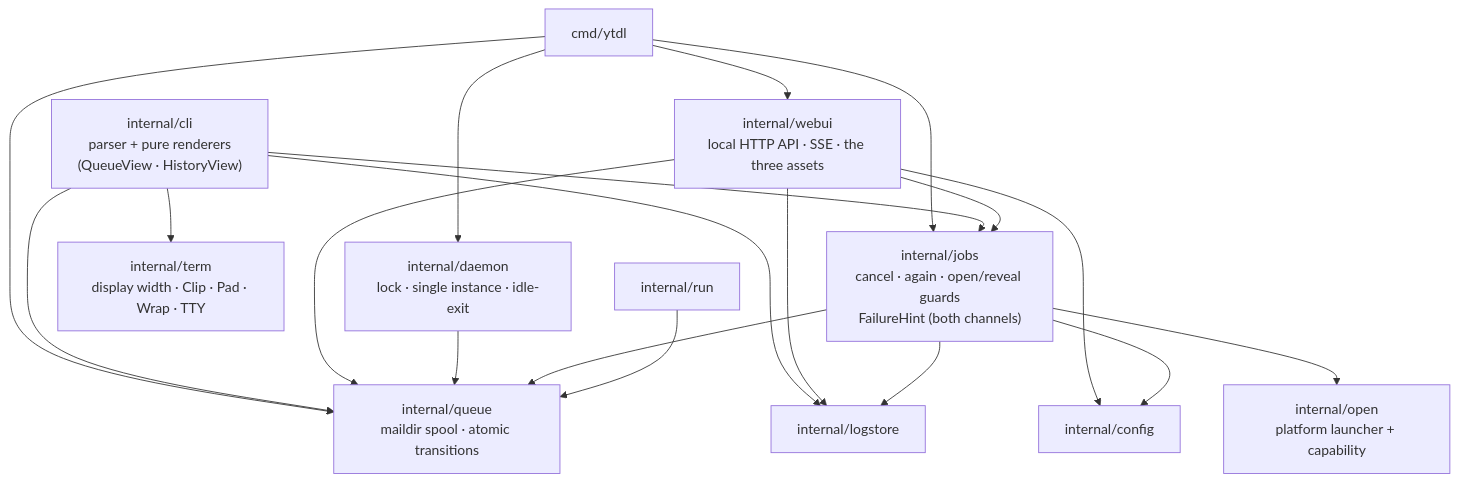
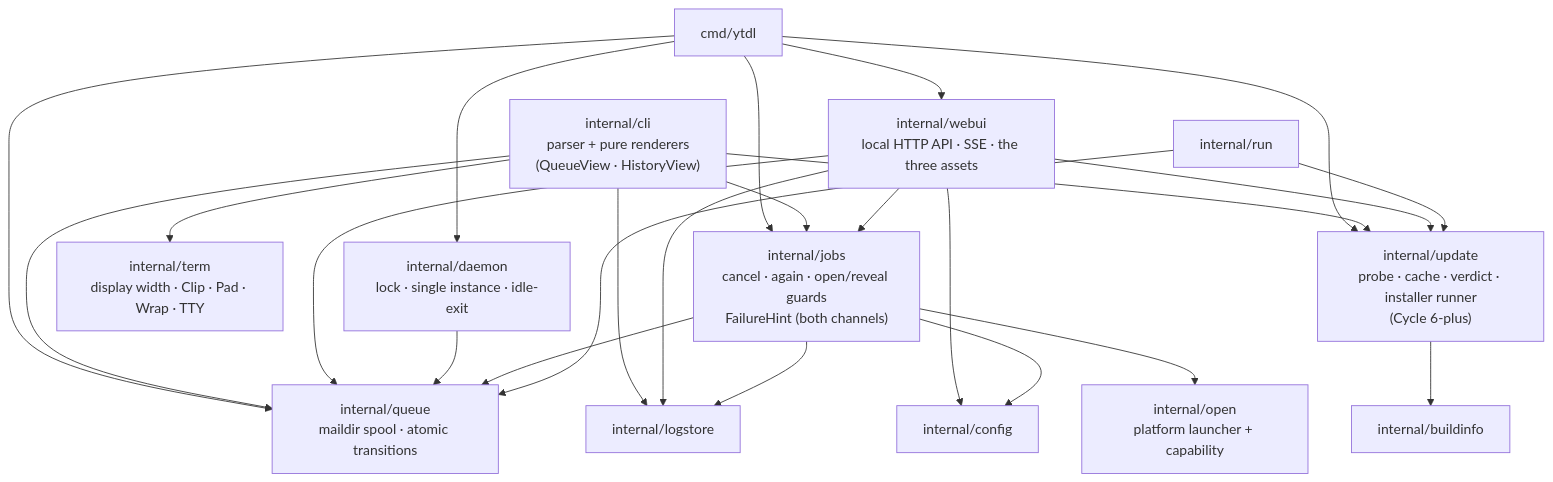
Before and after one commit to alergyonthestage/ytdl: the second of 2 diagrams in docs/go-engine.md, drawn with Mermaid. The commit also changed other lines of this file and 1 other file, not shown here.

````diff
--- a/docs/go-engine.md
+++ b/docs/go-engine.md
@@ -52,32 +52,39 @@
 ```mermaid
 flowchart TD
     MAIN["cmd/ytdl"]
     CLI["internal/cli<br/>parser + pure renderers<br/>(QueueView · HistoryView)"]
     WEBUI["internal/webui<br/>local HTTP API · SSE · the three assets"]
     DAEMON["internal/daemon<br/>lock · single instance · idle-exit"]
     JOBS["internal/jobs<br/>cancel · again · open/reveal guards<br/>FailureHint (both channels)"]
     QUEUE["internal/queue<br/>maildir spool · atomic transitions"]
     OPEN["internal/open<br/>platform launcher + capability"]
     TERM["internal/term<br/>display width · Clip · Pad · Wrap · TTY"]
     LOGSTORE["internal/logstore"]
     CONFIG["internal/config"]
     RUN["internal/run"]
+    UPDATE["internal/update<br/>probe · cache · verdict · installer runner<br/>(Cycle 6-plus)"]
+    BUILD["internal/buildinfo"]
     MAIN --> WEBUI
     MAIN --> DAEMON
     MAIN --> JOBS
     MAIN --> QUEUE
+    MAIN --> UPDATE
     CLI --> JOBS
     CLI --> TERM
     CLI --> LOGSTORE
     CLI --> QUEUE
+    CLI --> UPDATE
     WEBUI --> JOBS
     WEBUI --> QUEUE
     WEBUI --> LOGSTORE
     WEBUI --> CONFIG
+    WEBUI --> UPDATE
     DAEMON --> QUEUE
     JOBS --> QUEUE
     JOBS --> LOGSTORE
     JOBS --> CONFIG
     JOBS --> OPEN
     RUN --> QUEUE
+    RUN --> UPDATE
+    UPDATE --> BUILD
 ```
````
